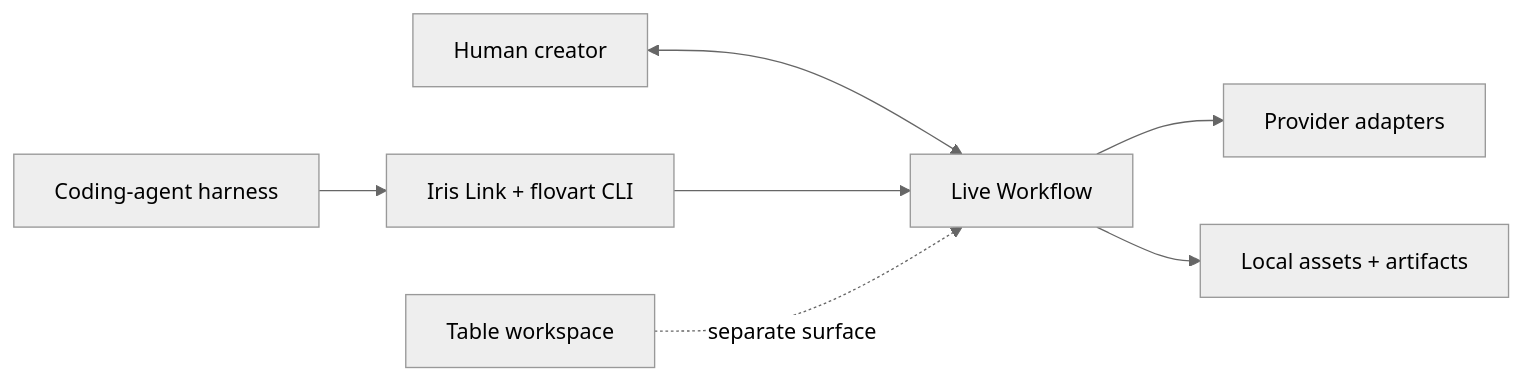
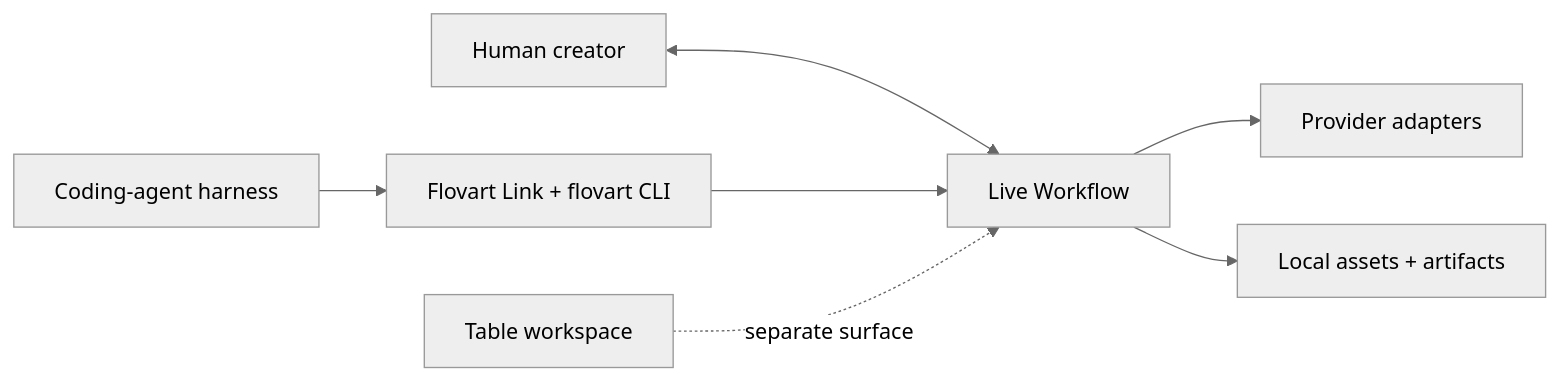
One commit to avabbbb/Flovart changed the diagram in README.md. Above: the diagram before and after it, drawn with Mermaid (neutral theme). The commit also changed other lines of this file and 116 other files, not shown here.

````diff
--- a/README.md
+++ b/README.md
@@ -350,9 +356,9 @@
 ```mermaid
 flowchart LR
   H["Human creator"] <--> W["Live Workflow"]
-  A["Coding-agent harness"] --> L["Iris Link + flovart CLI"]
+  A["Coding-agent harness"] --> L["Flovart Link + flovart CLI"]
   L --> W
   W --> P["Provider adapters"]
   W --> R["Local assets + artifacts"]
   T["Table workspace"] -. separate surface .-> W
 ```
````
